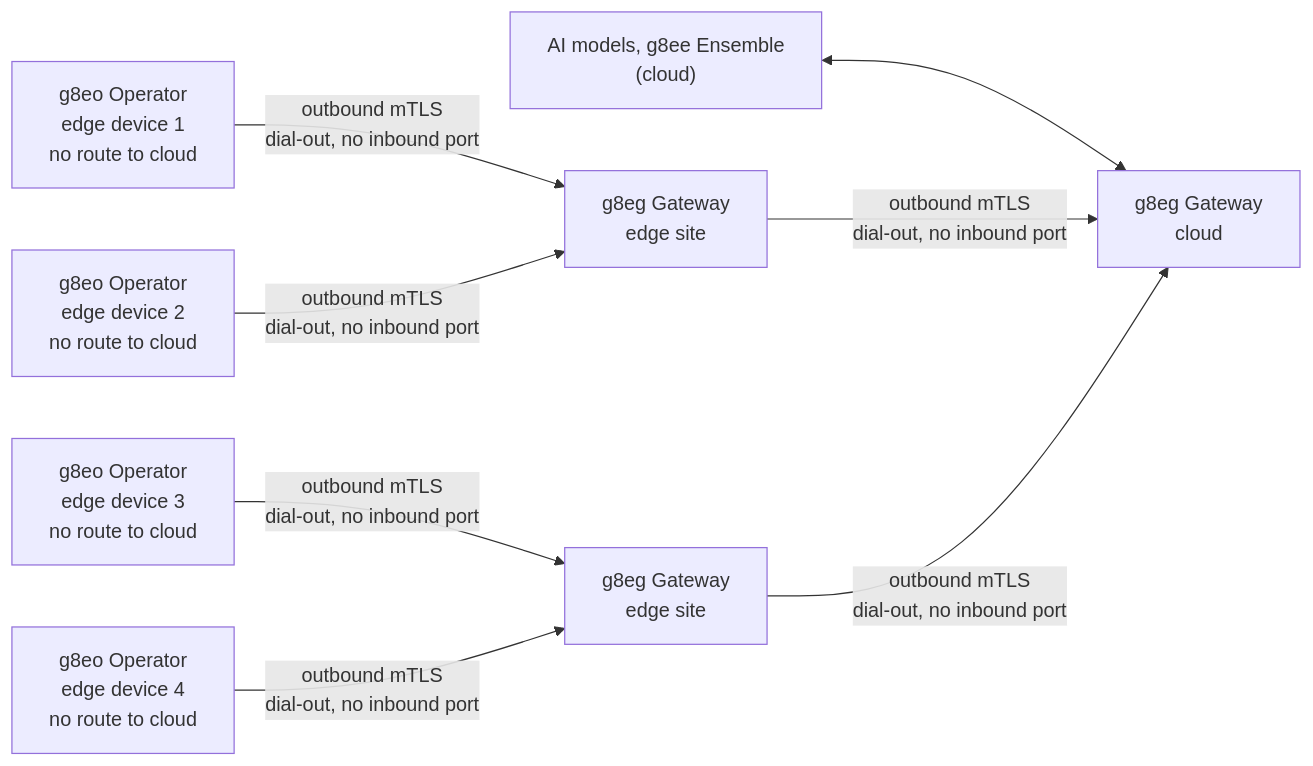
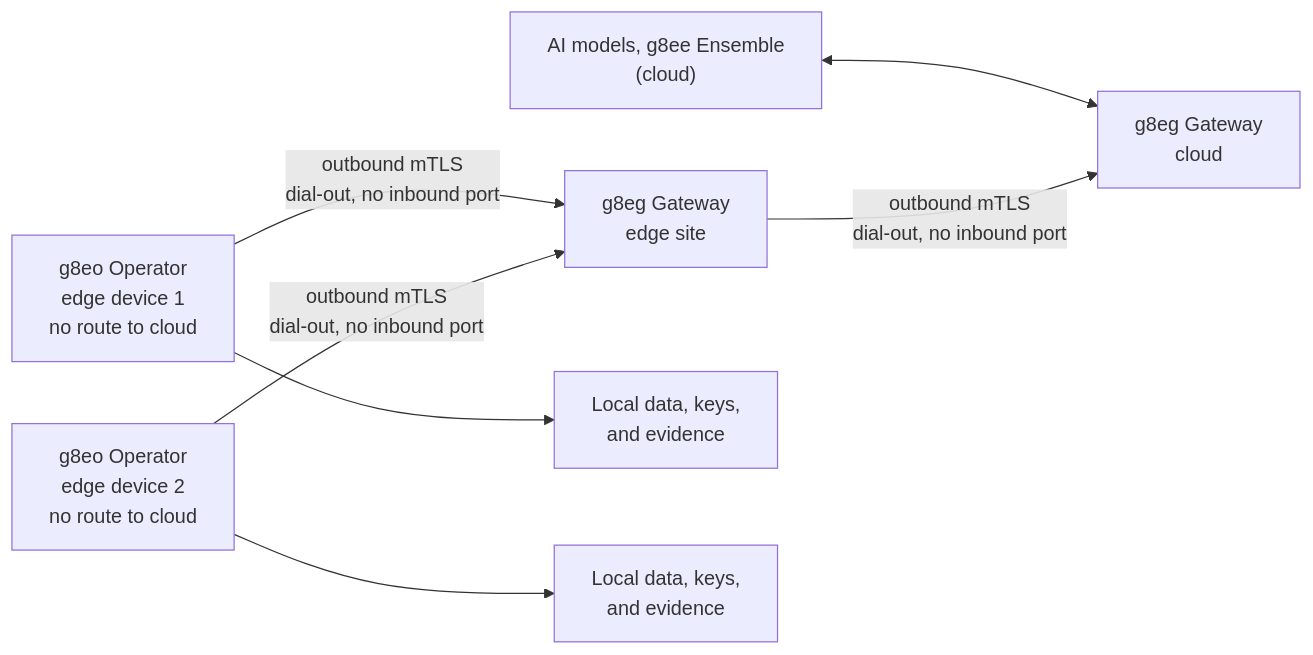
One commit to g8e-ai/g8e changed the second of 2 diagrams in README.md. Above: the diagram before and after it, drawn with Mermaid. The commit also changed other lines of this file and 33 other files, not shown here.

````diff
--- a/README.md
+++ b/README.md
@@ -74,10 +74,9 @@
 ```mermaid
 flowchart LR
     Cloud["AI models, g8ee Ensemble\n(cloud)"] <--> CloudGW["g8eg Gateway\ncloud"]
     EdgeGW["g8eg Gateway\nedge site"] -- "outbound mTLS\ndial-out, no inbound port" --> CloudGW
     EdgeDev1["g8eo Operator\nedge device 1\nno route to cloud"] -- "outbound mTLS\ndial-out, no inbound port" --> EdgeGW
     EdgeDev2["g8eo Operator\nedge device 2\nno route to cloud"] -- "outbound mTLS\ndial-out, no inbound port" --> EdgeGW
-    EdgeGW2["g8eg Gateway\nedge site"] -- "outbound mTLS\ndial-out, no inbound port" --> CloudGW
-    EdgeDev3["g8eo Operator\nedge device 3\nno route to cloud"] -- "outbound mTLS\ndial-out, no inbound port" --> EdgeGW2
-    EdgeDev4["g8eo Operator\nedge device 4\nno route to cloud"] -- "outbound mTLS\ndial-out, no inbound port" --> EdgeGW2
+    EdgeDev1 --> Data1["Local data, keys,\nand evidence"]
+    EdgeDev2 --> Data2["Local data, keys,\nand evidence"]
 ```
````
